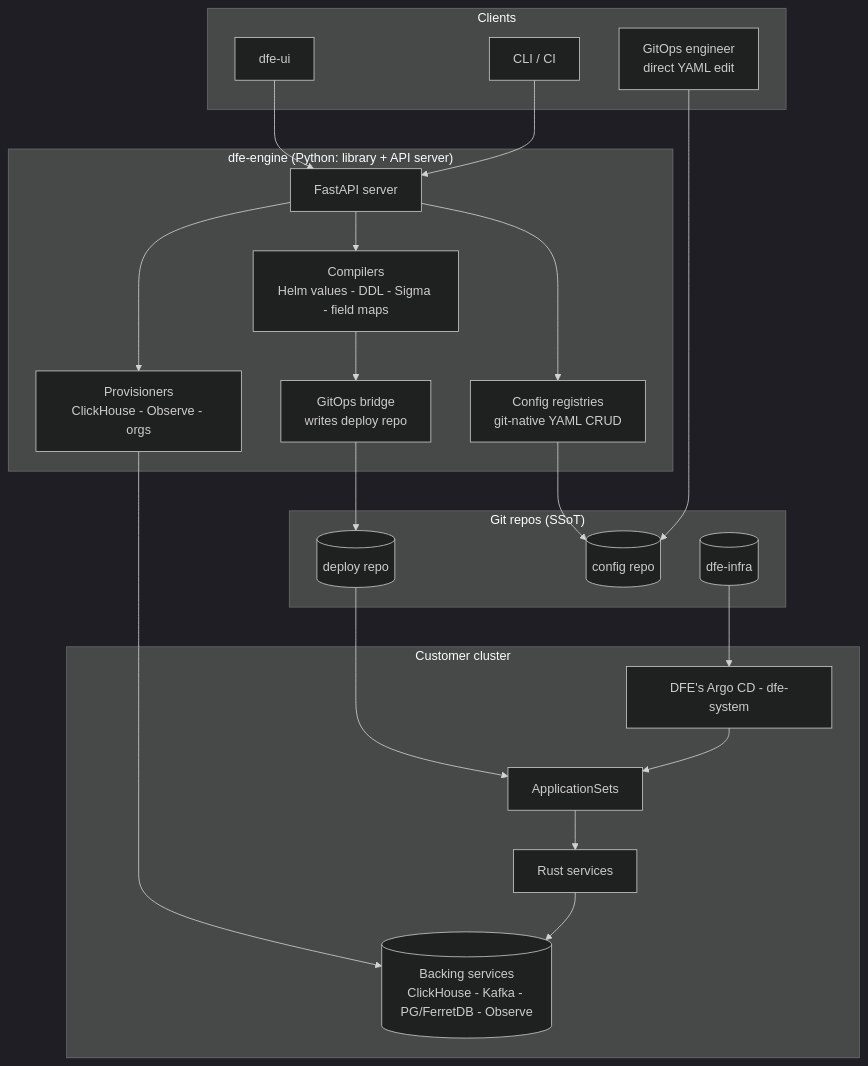
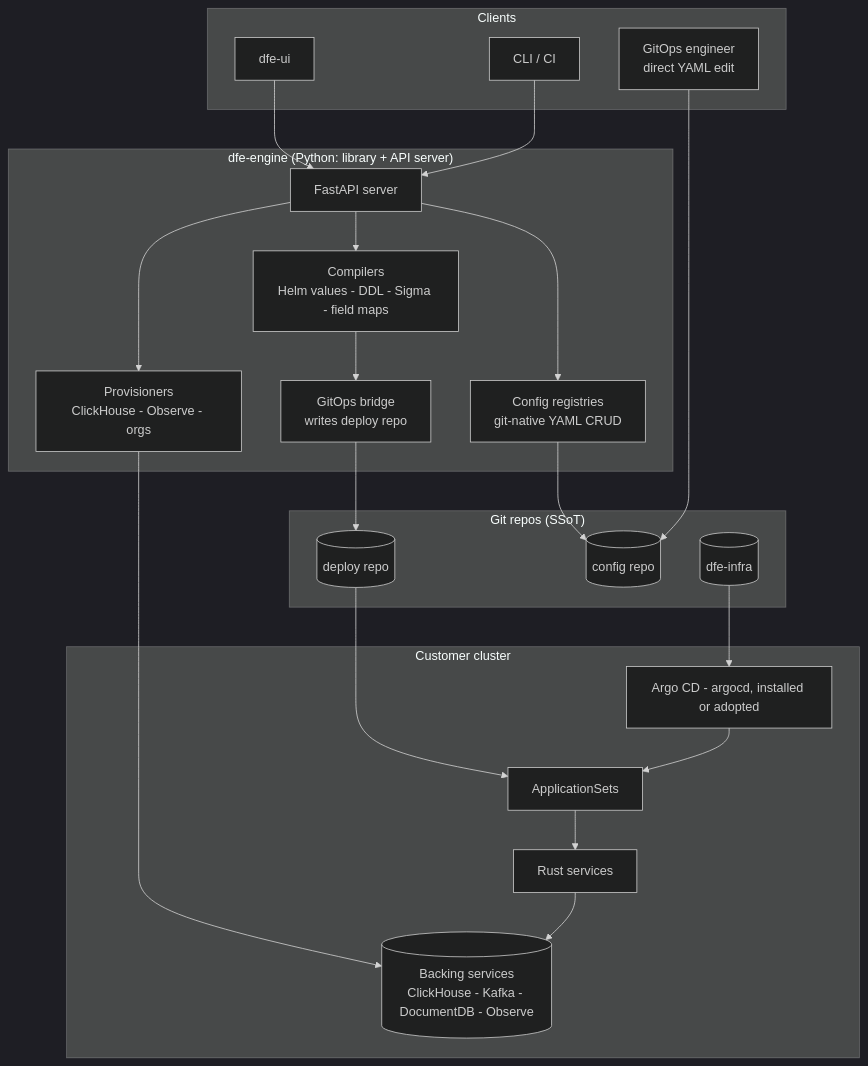
One commit to hyperi-io/dfe-engine changed the fifth of 6 diagrams in docs/architecture.md. Above: the diagram before and after it, drawn with Mermaid (dark theme). The commit also changed other lines of this file and 27 other files, not shown here.

````diff
--- a/docs/architecture.md
+++ b/docs/architecture.md
@@ -129,36 +129,36 @@
 ```mermaid
 flowchart TB
     subgraph clients["Clients"]
         CUI[dfe-ui]
         CCLI[CLI / CI]
         GITENG[GitOps engineer<br/>direct YAML edit]
     end
     subgraph engine["dfe-engine (Python: library + API server)"]
         API[FastAPI server]
         REG[Config registries<br/>git-native YAML CRUD]
         COMP[Compilers<br/>Helm values - DDL - Sigma - field maps]
         BRIDGE[GitOps bridge<br/>writes deploy repo]
         PROV[Provisioners<br/>ClickHouse - Observe - orgs]
     end
     subgraph repos["Git repos (SSoT)"]
         CONFIG[(config repo)]
         DEPLOY[(deploy repo)]
         INFRA[(dfe-infra)]
     end
     subgraph cluster["Customer cluster"]
-        ARGO2[DFE's Argo CD - dfe-system]
+        ARGO2[Argo CD - argocd, installed or adopted]
         APPSETS[ApplicationSets]
         RUST[Rust services]
-        SUB[(Backing services<br/>ClickHouse - Kafka - PG/FerretDB - Observe)]
+        SUB[(Backing services<br/>ClickHouse - Kafka - DocumentDB - Observe)]
     end
     CUI --> API
     CCLI --> API
     GITENG --> CONFIG
     API --> REG --> CONFIG
     API --> COMP --> BRIDGE --> DEPLOY
     API --> PROV --> SUB
     INFRA --> ARGO2 --> APPSETS
     DEPLOY --> APPSETS
     APPSETS --> RUST
     RUST --> SUB
 ```
````
